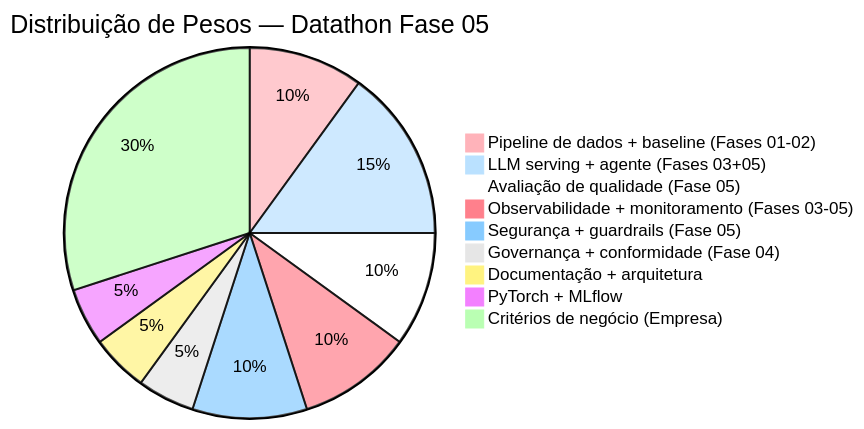
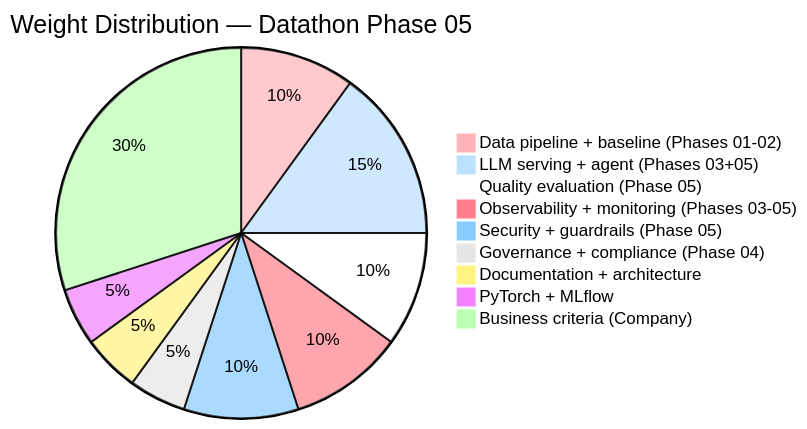
Before and after one commit to LucasTechAI/nvidia-mlops-platform: the fourth of 4 diagrams in docs/CHALLENGE_DESCRIPTION.md, drawn with Mermaid. The commit also changed other lines of this file and 57 other files, not shown here.

````diff
--- a/docs/CHALLENGE_DESCRIPTION.md
+++ b/docs/CHALLENGE_DESCRIPTION.md
@@ -920,20 +920,20 @@
 ```mermaid
 %%{init: {'theme':'base', 'themeVariables': {
   'primaryColor':'#FFB3BA',
   'primaryTextColor':'#000',
   'primaryBorderColor':'#FF8B94',
   'lineColor':'#BAE1FF',
   'secondaryColor':'#BAE1FF',
   'tertiaryColor':'#FFFFFF'
 }}}%%
-pie title Distribuição de Pesos — Datathon Fase 05
-    "Pipeline de dados + baseline (Fases 01-02)" : 10
-    "LLM serving + agente (Fases 03+05)" : 15
-    "Avaliação de qualidade (Fase 05)" : 10
-    "Observabilidade + monitoramento (Fases 03-05)" : 10
-    "Segurança + guardrails (Fase 05)" : 10
-    "Governança + conformidade (Fase 04)" : 5
-    "Documentação + arquitetura" : 5
+pie title Weight Distribution — Datathon Phase 05
+    "Data pipeline + baseline (Phases 01-02)" : 10
+    "LLM serving + agent (Phases 03+05)" : 15
+    "Quality evaluation (Phase 05)" : 10
+    "Observability + monitoring (Phases 03-05)" : 10
+    "Security + guardrails (Phase 05)" : 10
+    "Governance + compliance (Phase 04)" : 5
+    "Documentation + architecture" : 5
     "PyTorch + MLflow" : 5
-    "Critérios de negócio (Empresa)" : 30
+    "Business criteria (Company)" : 30
 ```
````
